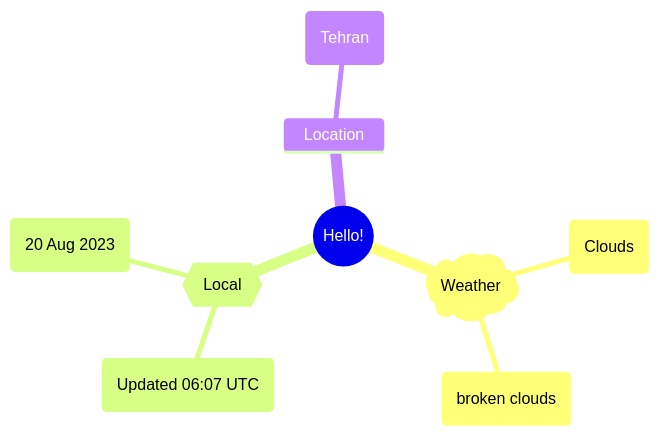
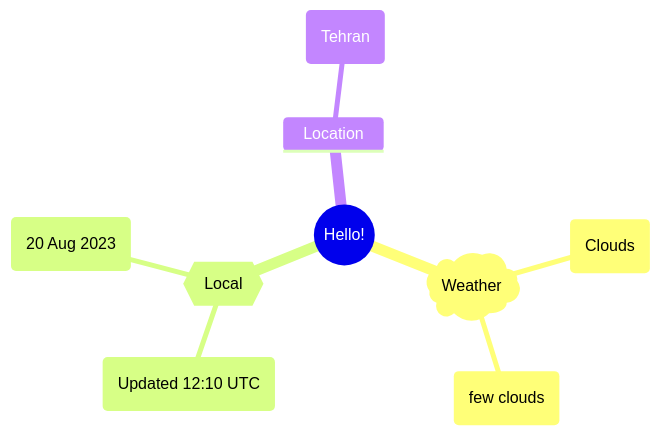
One commit to Xosrov/Xosrov changed the first of 2 diagrams in README.md. Above: the diagram before and after it, drawn with Mermaid.

Commit message:
[bot] updated images

````diff
--- a/README.md
+++ b/README.md
@@ -3,12 +3,12 @@
 ```mermaid
 mindmap
   root((Hello!))
     )Weather(
         (Clouds)
-        (broken clouds)
+        (few clouds)
     {{Local}}
-        (Updated 06:07 UTC)
+        (Updated 12:10 UTC)
         (20 Aug 2023)
     Location
         (Tehran)
 ```
````
